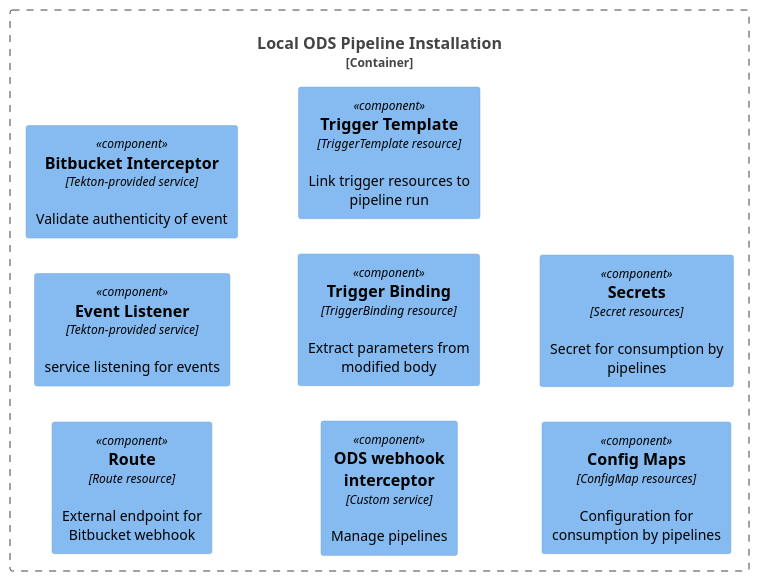
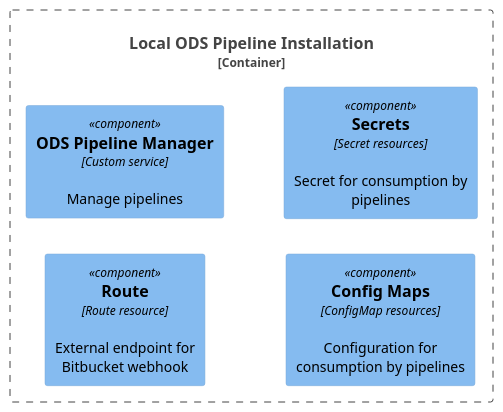
The diagram in docs/architecture/component-local-installation.puml (opendevstack/ods-pipeline), drawn with PlantUML before and after one commit. The commit also changed 54 other files, not shown here.

```diff
--- a/docs/architecture/component-local-installation.puml
+++ b/docs/architecture/component-local-installation.puml
@@ -1,27 +1,19 @@
 @startuml "local-installation"
 !include https://raw.githubusercontent.com/plantuml-stdlib/C4-PlantUML/master/C4_Container.puml
 !include https://raw.githubusercontent.com/plantuml-stdlib/C4-PlantUML/master/C4_Component.puml
 ' uncomment the following line and comment the first to use locally
 ' !include C4_Container.puml
 
 LAYOUT_LEFT_RIGHT()
 
 Container_Boundary(c1, "Local ODS Pipeline Installation"){
     Component(route, "Route", "Route resource", "External endpoint for Bitbucket webhook")
 
-    Component(event_listener, "Event Listener", "Tekton-provided service", "service listening for events")
-
-    Component(bitbucket_interceptor, "Bitbucket Interceptor", "Tekton-provided service", "Validate authenticity of event")
-
-    Component(ods_webhook_interceptor, "ODS webhook interceptor", "Custom service", "Manage pipelines")
-
-    Component(trigger_binding, "Trigger Binding", "TriggerBinding resource", "Extract parameters from modified body")
-
-    Component(trigger_template, "Trigger Template", "TriggerTemplate resource", "Link trigger resources to pipeline run")
+    Component(ods_pipeline_manager, "ODS Pipeline Manager", "Custom service", "Manage pipelines")
 
     Component(config_maps, "Config Maps", "ConfigMap resources", "Configuration for consumption by pipelines")
 
     Component(secrets, "Secrets", "Secret resources", "Secret for consumption by pipelines")
 }
 
 @enduml
```
